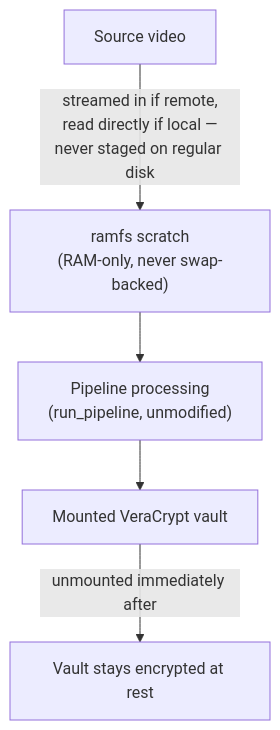
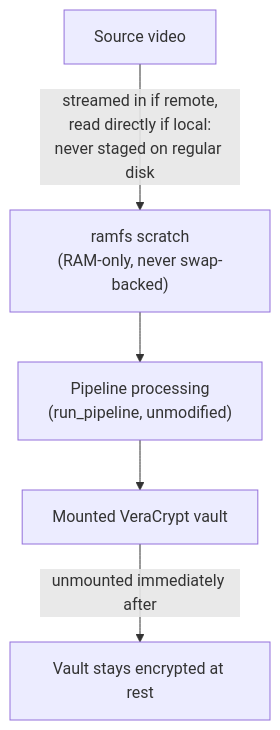
The third of 3 diagrams in README.md (DarrellBest/4k-no-jutsu), drawn with Mermaid before and after one commit. The commit also changed other lines of this file and 9 other files, not shown here.

````diff
--- a/README.md
+++ b/README.md
@@ -189,7 +192,7 @@
 ```mermaid
 flowchart TD
-    A[Source video] -->|"streamed in if remote,\nread directly if local —\nnever staged on regular disk"| B["ramfs scratch\n(RAM-only, never swap-backed)"]
+    A[Source video] -->|"streamed in if remote,\nread directly if local:\nnever staged on regular disk"| B["ramfs scratch\n(RAM-only, never swap-backed)"]
     B --> C["Pipeline processing\n(run_pipeline, unmodified)"]
     C --> D["Mounted VeraCrypt vault"]
     D -->|unmounted immediately after| E["Vault stays encrypted at rest"]
 ```
````
